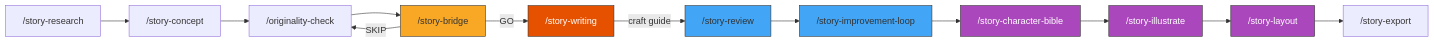
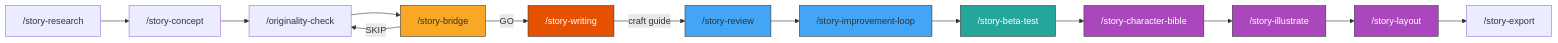
Before and after one commit to codedelamont-beep/bedtime-story-factory: the diagram in CLAUDE.md, drawn with Mermaid. The commit also changed other lines of this file and 6 other files, not shown here.

````diff
--- a/CLAUDE.md
+++ b/CLAUDE.md
@@ -30,22 +32,24 @@
 ```mermaid
 graph LR
     A["/story-research"] --> B["/story-concept"]
     B --> C["/originality-check"]
     C --> D["/story-bridge"]
     D -->|GO| E["/story-writing"]
     D -->|SKIP| C
     E -->|"craft guide"| F["/story-review"]
     F --> G["/story-improvement-loop"]
-    G --> CB["/story-character-bible"]
+    G --> BT["/story-beta-test"]
+    BT --> CB["/story-character-bible"]
     CB --> H["/story-illustrate"]
     H --> L["/story-layout"]
     L --> I["/story-export"]
     
     style D fill:#f9a825,stroke:#333
     style E fill:#e65100,stroke:#333,color:#fff
     style F fill:#42a5f5,stroke:#333
     style G fill:#42a5f5,stroke:#333
     style CB fill:#ab47bc,stroke:#333,color:#fff
     style H fill:#ab47bc,stroke:#333,color:#fff
     style L fill:#ab47bc,stroke:#333,color:#fff
+    style BT fill:#26a69a,stroke:#333,color:#fff
 ```
````
